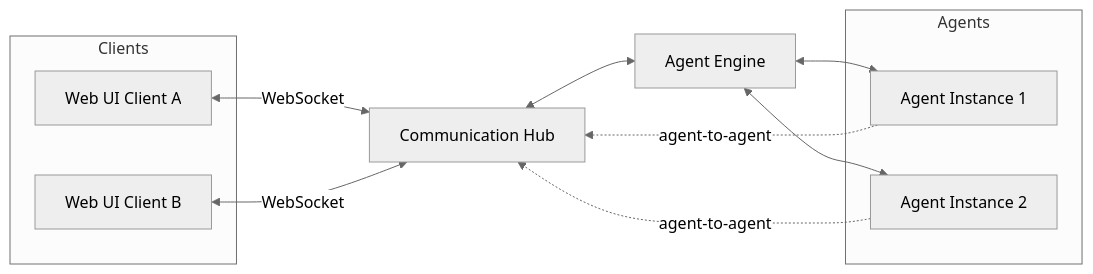
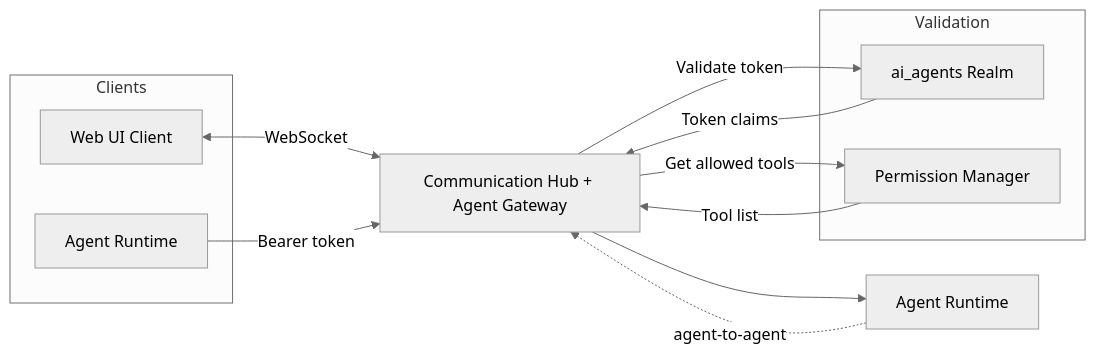
Before and after one commit to hurungang/parthenon: the diagram in docs/master/architecture/modules/communication.md, drawn with Mermaid (neutral theme). The commit also changed other lines of this file and 175 other files, not shown here.

````diff
--- a/docs/master/architecture/modules/communication.md
+++ b/docs/master/architecture/modules/communication.md
@@ -9,24 +9,25 @@
 ```mermaid
 flowchart LR
     subgraph Clients
-        UI1[Web UI Client A]
-        UI2[Web UI Client B]
+        UI[Web UI Client]
+        Agent[Agent Runtime]
     end
 
-    CH[Communication Hub]
+    CH[Communication Hub + Agent Gateway]
 
-    subgraph Agents
-        A1[Agent Instance 1]
-        A2[Agent Instance 2]
+    subgraph Validation
+        IdP[ai_agents Realm]
+        APM[Permission Manager]
     end
 
-    AE[Agent Engine]
+    AR[Agent Runtime]
 
-    UI1 <-->|WebSocket| CH
-    UI2 <-->|WebSocket| CH
-    CH <--> AE
-    AE <--> A1
-    AE <--> A2
-    A1 -.->|agent-to-agent| CH
-    A2 -.->|agent-to-agent| CH
+    UI <-->|WebSocket| CH
+    Agent -->|Bearer token| CH
+    CH -->|Validate token| IdP
+    IdP -->|Token claims| CH
+    CH -->|Get allowed tools| APM
+    APM -->|Tool list| CH
+    CH --> AR
+    AR -.->|agent-to-agent| CH
 ```
````
